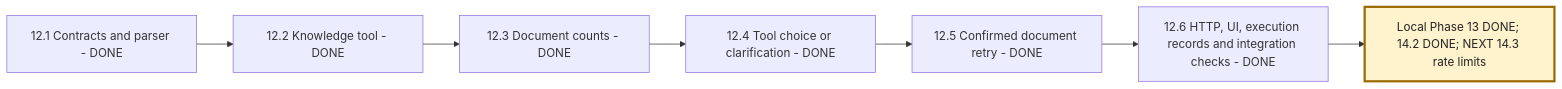
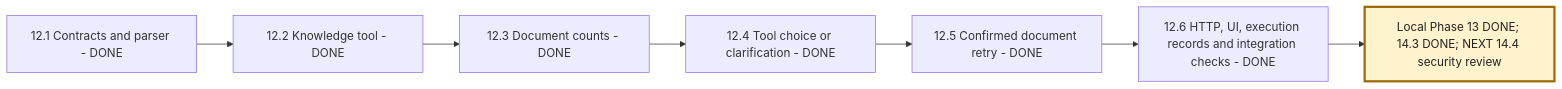
One commit to msdian0007/nexaAi changed the fourth of 6 diagrams in NEXAAI_ROADMAP.md. Above: the diagram before and after it, drawn with Mermaid. The commit also changed other lines of this file and 16 other files, not shown here.

Commit message:
rate limits and usage budgets

````diff
--- a/NEXAAI_ROADMAP.md
+++ b/NEXAAI_ROADMAP.md
@@ -308,10 +310,10 @@
 ```mermaid
 flowchart LR
     A[12.1 Contracts and parser - DONE] --> B[12.2 Knowledge tool - DONE]
     B --> C[12.3 Document counts - DONE]
     C --> D[12.4 Tool choice or clarification - DONE]
     D --> E[12.5 Confirmed document retry - DONE]
     E --> F[12.6 HTTP, UI, execution records and integration checks - DONE]
-    F --> G[Local Phase 13 DONE; 14.2 DONE; NEXT 14.3 rate limits]
+    F --> G[Local Phase 13 DONE; 14.3 DONE; NEXT 14.4 security review]
     style G fill:#fff3cd,stroke:#9a6700,stroke-width:3px,color:#222
 ```
````
